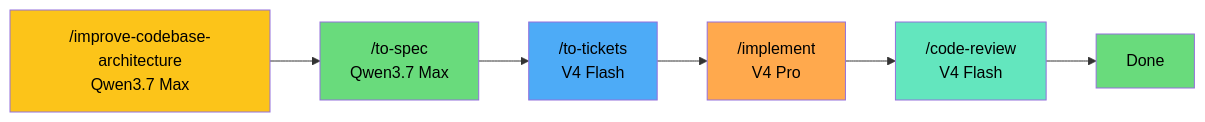
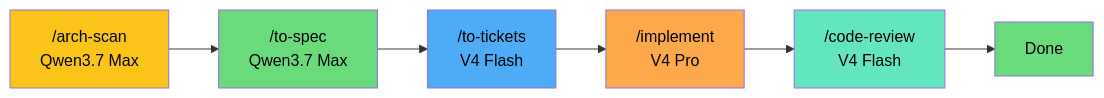
One commit to elisharkray1030/ai-coding-workflow changed the fourth of 5 diagrams in README.md. Above: the diagram before and after it, drawn with Mermaid.

Commit message:
Shorten arch-scan diagram node for uniform box height
/improve-codebase-architecture (31 chars) was wrapping to 3 lines
in the box while every other node fits 2. Abbreviated to /arch-scan
(10 chars) — same visual rhythm as /triage, /to-spec, /prototype.

````diff
--- a/README.md
+++ b/README.md
@@ -96,21 +96,21 @@
 ```mermaid
 graph LR
-    AS[ /improve-codebase-architecture<br/>Qwen3.7 Max] --> SP[ /to-spec<br/>Qwen3.7 Max]
+    AS[ /arch-scan<br/>Qwen3.7 Max] --> SP[ /to-spec<br/>Qwen3.7 Max]
     SP --> TK[ /to-tickets<br/>V4 Flash]
     TK --> IM[ /implement<br/>V4 Pro]
     IM --> CR[ /code-review<br/>V4 Flash]
     CR --> DN[Done]
 
     classDef yellow fill:#fcc419,color:#000
     classDef green fill:#69db7c,color:#000
     classDef blue fill:#4dabf7,color:#000
     classDef orange fill:#ffa94d,color:#000
     classDef teal fill:#63e6be,color:#000
 
     class AS yellow
     class SP green
     class TK blue
     class IM orange
     class CR teal
     class DN green
 ```
````
